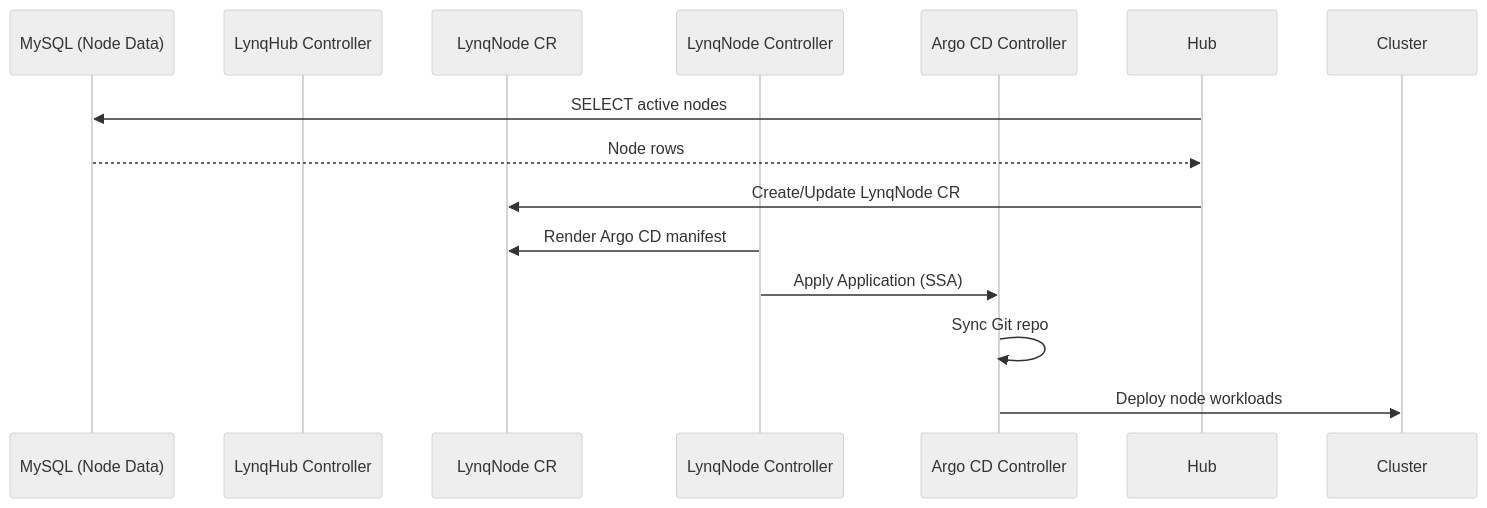
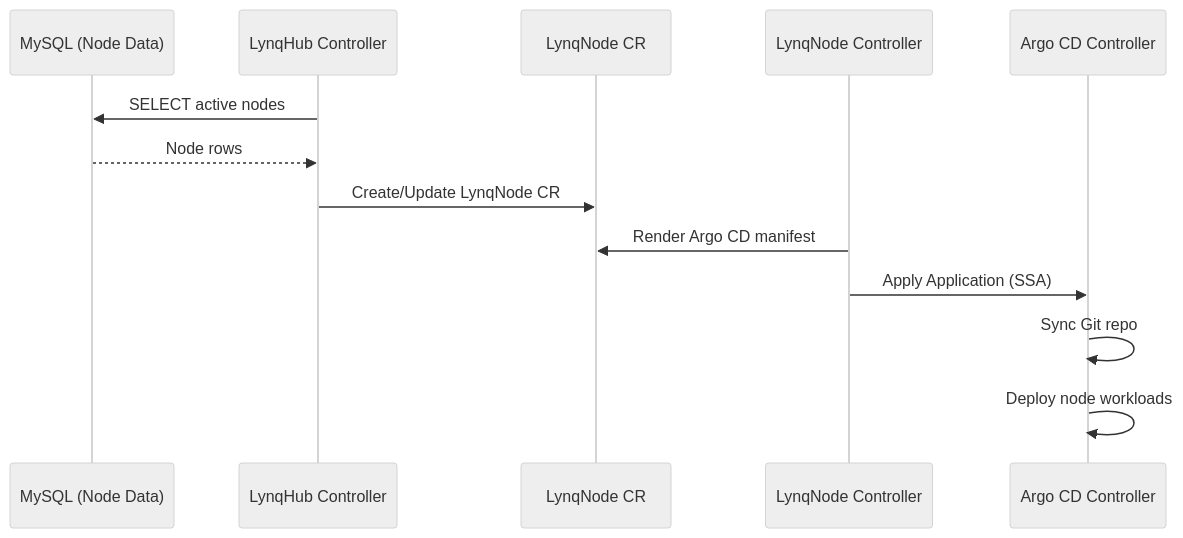
One commit to k8s-lynq/lynq changed the second of 3 diagrams in docs/integration-argocd.md. Above: the diagram before and after it, drawn with Mermaid (neutral theme). The commit also changed other lines of this file and 40 other files, not shown here.

````diff
--- a/docs/integration-argocd.md
+++ b/docs/integration-argocd.md
@@ -91,16 +91,16 @@
 ```mermaid
 sequenceDiagram
     participant DB as MySQL (Node Data)
-    participant Registry as LynqHub Controller
+    participant Hub as LynqHub Controller
     participant Node as LynqNode CR
     participant Operator as LynqNode Controller
     participant Argo as Argo CD Controller
 
     Hub->>DB: SELECT active nodes
     DB-->>Hub: Node rows
     Hub->>Node: Create/Update LynqNode CR
     Operator->>Node: Render Argo CD manifest
     Operator->>Argo: Apply Application (SSA)
     Argo->>Argo: Sync Git repo
-    Argo->>Cluster: Deploy node workloads
+    Argo->>Argo: Deploy node workloads
 ```
````
